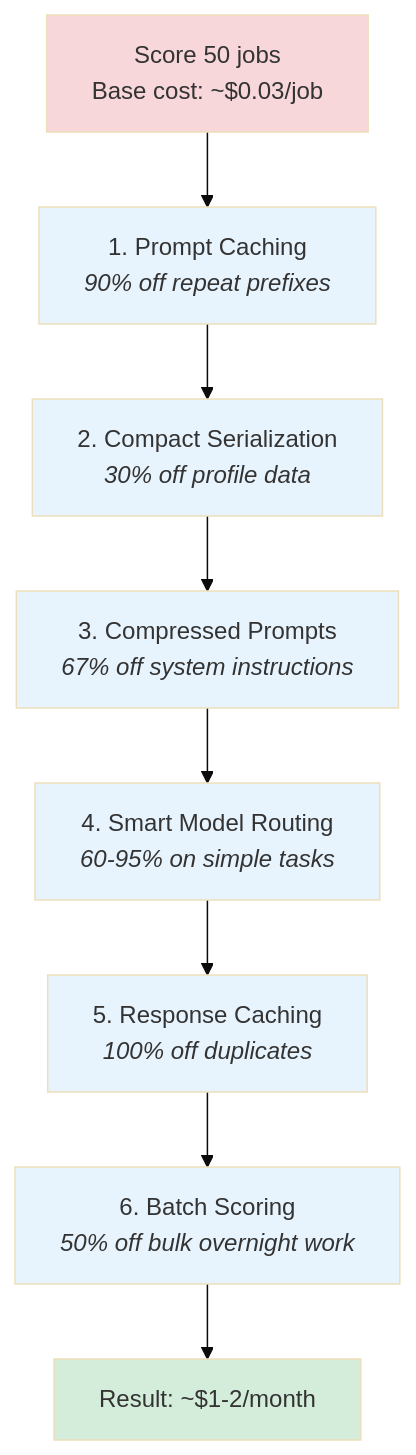
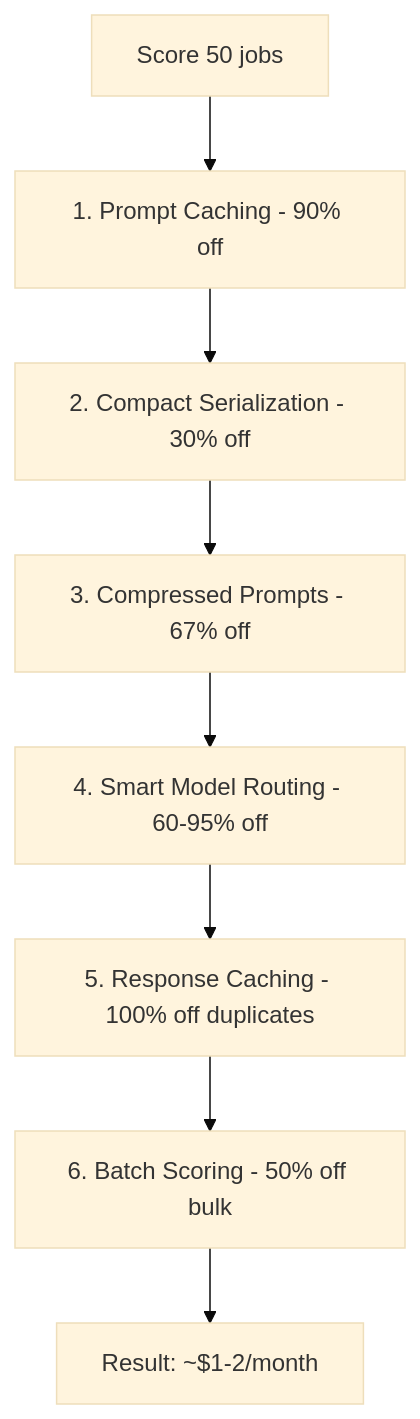
Before and after one commit to pleasedodisturb/kestrel: the diagram in docs/guides/how-token-optimization-works.md, drawn with Mermaid (base theme). The commit also changed 6 other files, not shown here.

First line of the commit message:
fix(G-464): simplify Mermaid diagrams for GitHub rendering (#267)

````diff
--- a/docs/guides/how-token-optimization-works.md
+++ b/docs/guides/how-token-optimization-works.md
@@ -21,19 +21,10 @@
 ```mermaid
 flowchart TD
-    A["Score 50 jobs<br/>Base cost: ~$0.03/job"] --> B["1. Prompt Caching<br/><i>90% off repeat prefixes</i>"]
-    B --> C["2. Compact Serialization<br/><i>30% off profile data</i>"]
-    C --> D["3. Compressed Prompts<br/><i>67% off system instructions</i>"]
-    D --> E["4. Smart Model Routing<br/><i>60-95% on simple tasks</i>"]
-    E --> F["5. Response Caching<br/><i>100% off duplicates</i>"]
-    F --> G["6. Batch Scoring<br/><i>50% off bulk overnight work</i>"]
-    G --> H["Result: ~$1-2/month"]
-
-    style A fill:#f8d7da
-    style H fill:#d4edda
-    style B fill:#e8f4fd
-    style C fill:#e8f4fd
-    style D fill:#e8f4fd
-    style E fill:#e8f4fd
-    style F fill:#e8f4fd
-    style G fill:#e8f4fd
+    A[Score 50 jobs] --> B[1. Prompt Caching - 90% off]
+    B --> C[2. Compact Serialization - 30% off]
+    C --> D[3. Compressed Prompts - 67% off]
+    D --> E[4. Smart Model Routing - 60-95% off]
+    E --> F[5. Response Caching - 100% off duplicates]
+    F --> G[6. Batch Scoring - 50% off bulk]
+    G --> H[Result: ~$1-2/month]
 ```
````
